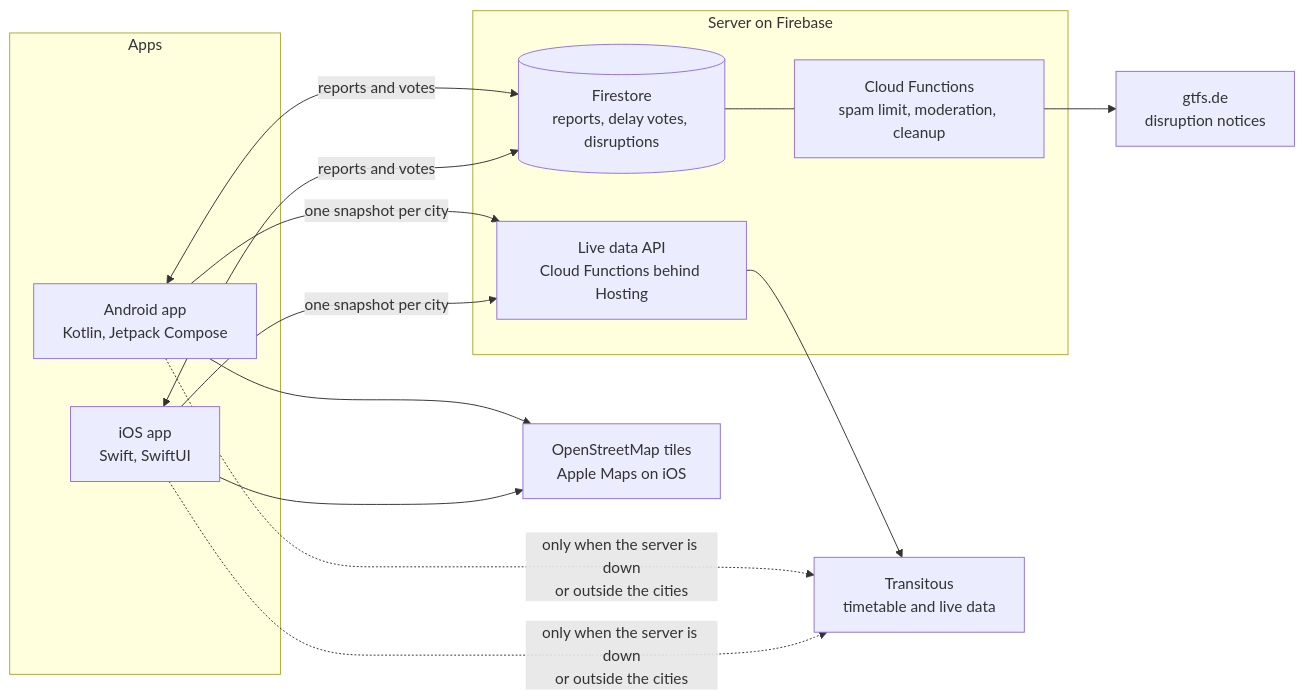
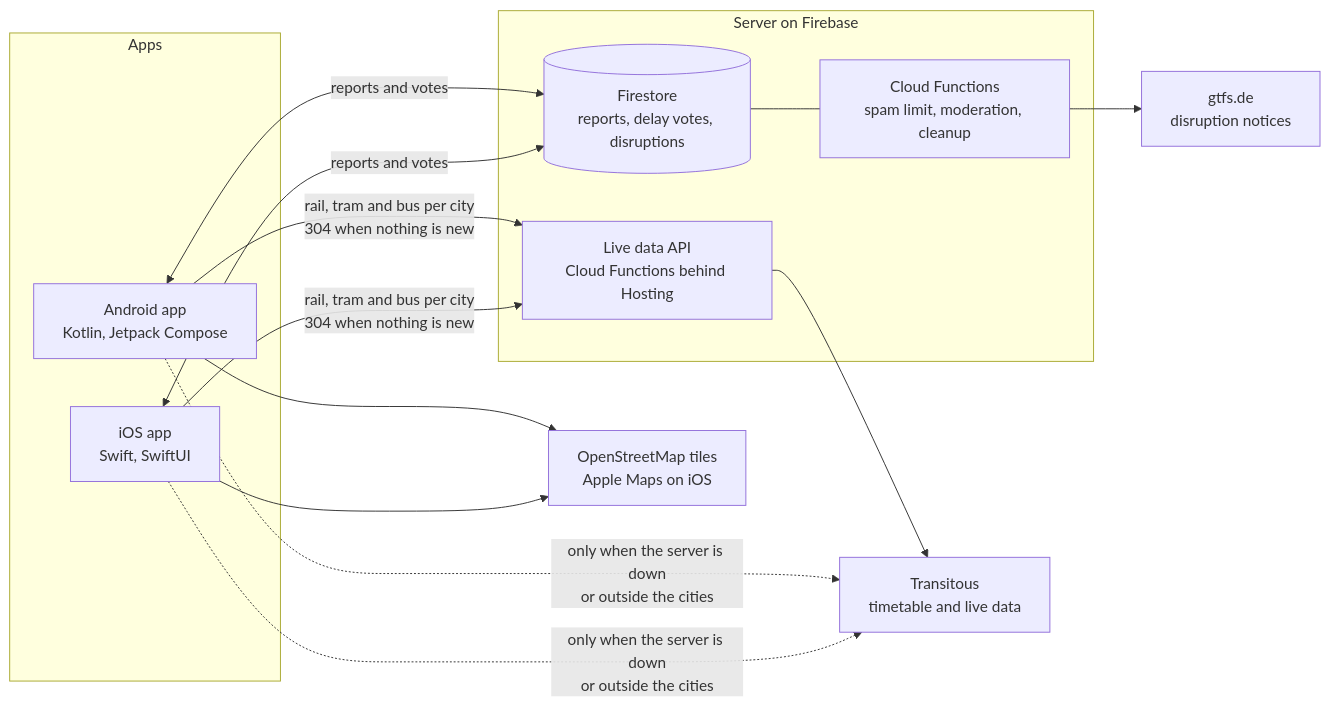
The diagram in README.md (John99101/Train2Track), drawn with Mermaid before and after one commit. The commit also changed other lines of this file and 79 other files, not shown here.

````diff
--- a/README.md
+++ b/README.md
@@ -81,23 +106,23 @@
 ```mermaid
 flowchart LR
   subgraph Apps
     A[Android app<br>Kotlin, Jetpack Compose]
     I[iOS app<br>Swift, SwiftUI]
   end
   subgraph Server[Server on Firebase]
     H[Live data API<br>Cloud Functions behind Hosting]
     F[(Firestore<br>reports, delay votes, disruptions)]
     C[Cloud Functions<br>spam limit, moderation, cleanup]
   end
   T[Transitous<br>timetable and live data]
   G[gtfs.de<br>disruption notices]
   M[OpenStreetMap tiles<br>Apple Maps on iOS]
 
-  A & I -->|one snapshot per city| H
+  A & I -->|rail, tram and bus per city<br>304 when nothing is new| H
   A & I <-->|reports and votes| F
   F --- C
   H --> T
   C --> G
   A & I --> M
   A & I -.->|only when the server is down<br>or outside the cities| T
 ```
````
